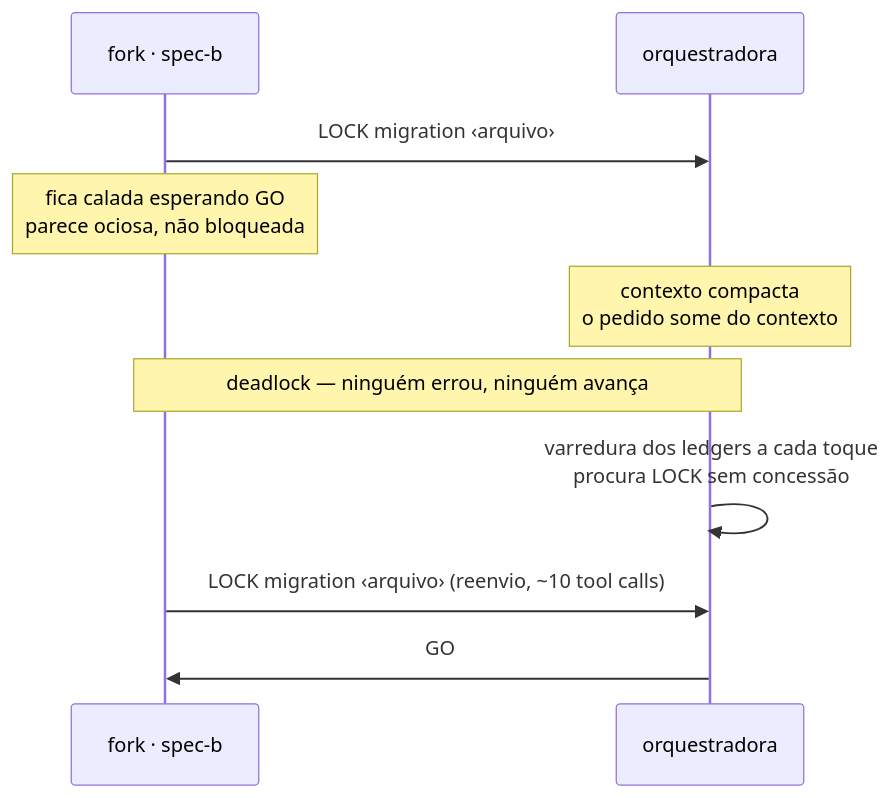
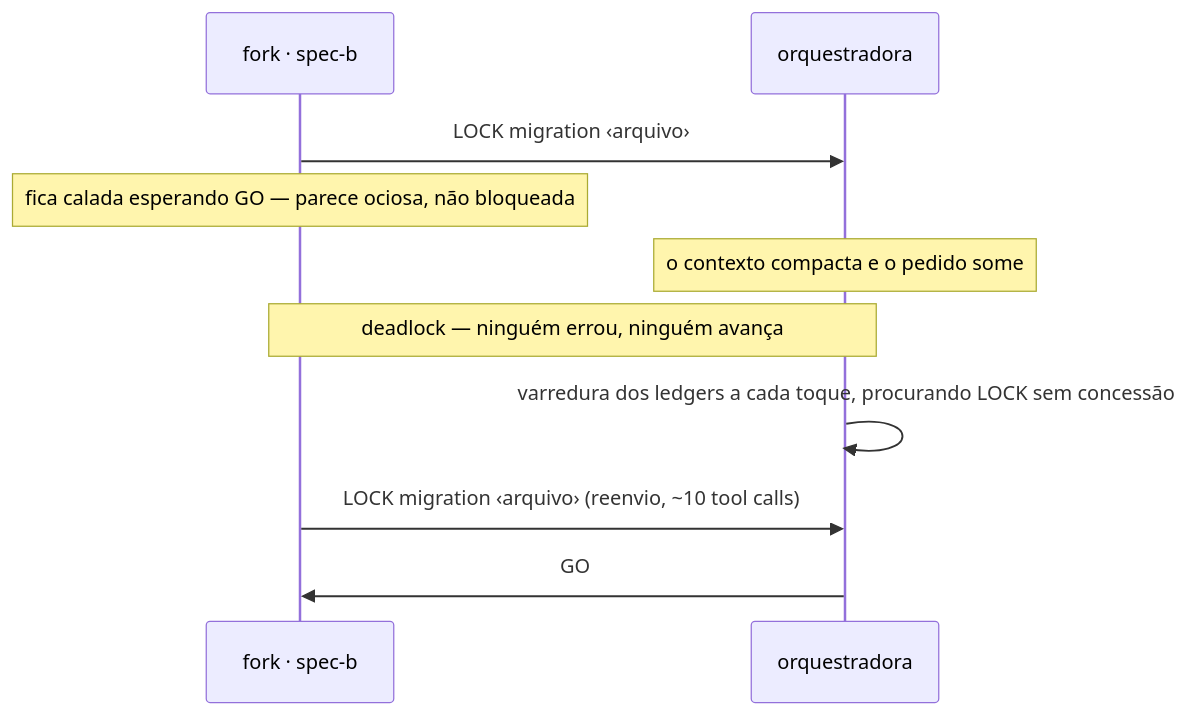
Before and after one commit to will-pagane/claude-setup: the fourth of 9 diagrams in docs/cadeia-session.md, drawn with Mermaid. The commit also changed other lines of this file, not shown here.

First line of the commit message:
fix(docs): drop <br/> from mermaid labels, GitHub strips it

````diff
--- a/docs/cadeia-session.md
+++ b/docs/cadeia-session.md
@@ -123,14 +123,14 @@
 ```mermaid
 sequenceDiagram
     participant F as fork · spec-b
     participant O as orquestradora
 
     F->>O: LOCK migration ‹arquivo›
-    Note over F: fica calada esperando GO<br/>parece ociosa, não bloqueada
-    Note over O: contexto compacta<br/>o pedido some do contexto
+    Note over F: fica calada esperando GO — parece ociosa, não bloqueada
+    Note over O: o contexto compacta e o pedido some
     Note over F,O: deadlock — ninguém errou, ninguém avança
 
-    O->>O: varredura dos ledgers a cada toque<br/>procura LOCK sem concessão
+    O->>O: varredura dos ledgers a cada toque, procurando LOCK sem concessão
     F->>O: LOCK migration ‹arquivo› (reenvio, ~10 tool calls)
     O->>F: GO
 ```
````
